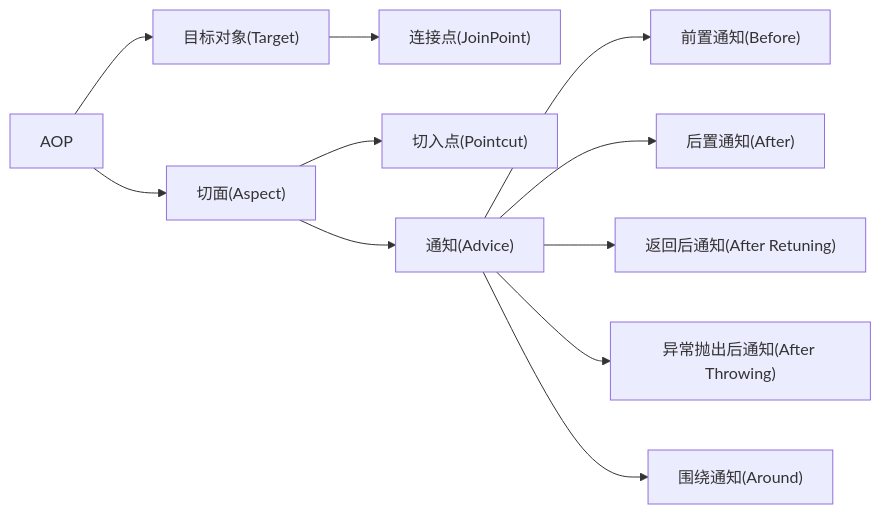
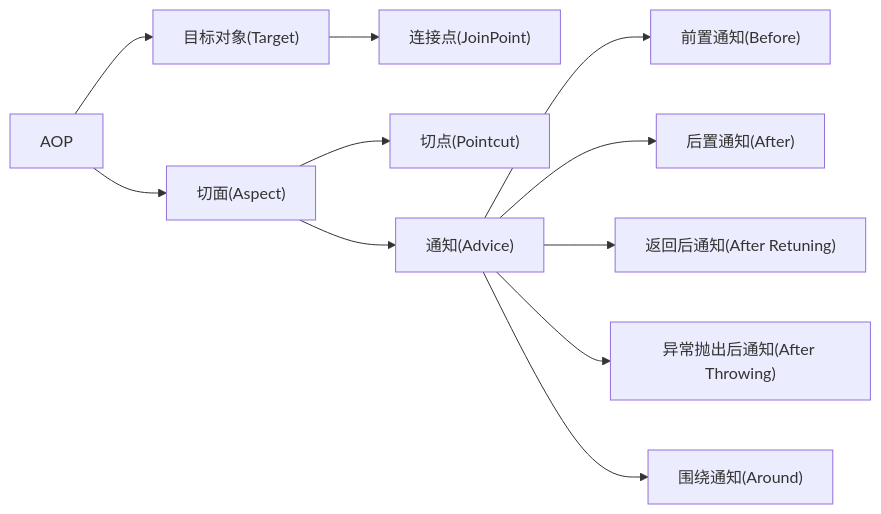
One commit to namelessmyth/beFreeCoder changed the sixth of 6 diagrams in Job/求职-Java面试题.md. Above: the diagram before and after it, drawn with Mermaid. The commit also changed other lines of this file and 5 other files, not shown here.

````diff
--- a/Job/求职-Java面试题.md
+++ b/Job/求职-Java面试题.md
@@ -2876,15 +2481,14 @@
 ```mermaid
 flowchart LR
 
 AOP-->Target["目标对象(Target)"]-->JoinPoint["连接点(JoinPoint)"]
 AOP-->Aspect["切面(Aspect)"]
 
-
-Aspect-->Pointcut["切入点(Pointcut)"]
+Aspect-->Pointcut["切点(Pointcut)"]
 Aspect-->Advice["通知(Advice)"]
 Advice-->Before["前置通知(Before)"]
 Advice-->After["后置通知(After)"]
 Advice-->AfterRetuning["返回后通知(After Retuning)"]
 Advice-->AfterThrowing["异常抛出后通知(After Throwing)"]
 Advice-->AroundAdvice["围绕通知(Around)"]
 ```
````
